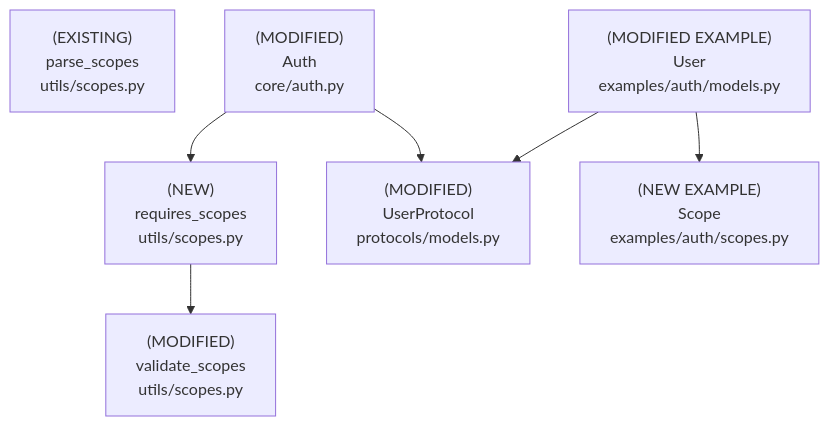
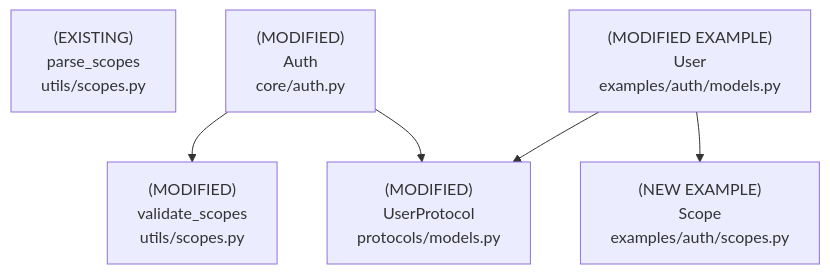
One commit to mplemay/belgie changed the fourth of 4 diagrams in design/002-user-scopes-strenum.md. Above: the diagram before and after it, drawn with Mermaid. The commit also changed other lines of this file, not shown here.

````diff
--- a/design/002-user-scopes-strenum.md
+++ b/design/002-user-scopes-strenum.md
@@ -197,17 +219,15 @@
 ```mermaid
 graph TD
-    RequiresScopes["(NEW)<br/>requires_scopes<br/>utils/scopes.py"]
     ValidateScopes["(MODIFIED)<br/>validate_scopes<br/>utils/scopes.py"]
     ParseScopes["(EXISTING)<br/>parse_scopes<br/>utils/scopes.py"]
     Auth["(MODIFIED)<br/>Auth<br/>core/auth.py"]
     UserProtocol["(MODIFIED)<br/>UserProtocol<br/>protocols/models.py"]
 
     ExampleScope["(NEW EXAMPLE)<br/>Scope<br/>examples/auth/scopes.py"]
     ExampleUser["(MODIFIED EXAMPLE)<br/>User<br/>examples/auth/models.py"]
 
-    RequiresScopes --> ValidateScopes
-    Auth --> RequiresScopes
+    Auth --> ValidateScopes
     Auth --> UserProtocol
     ExampleUser --> ExampleScope
     ExampleUser --> UserProtocol
 ```
````
